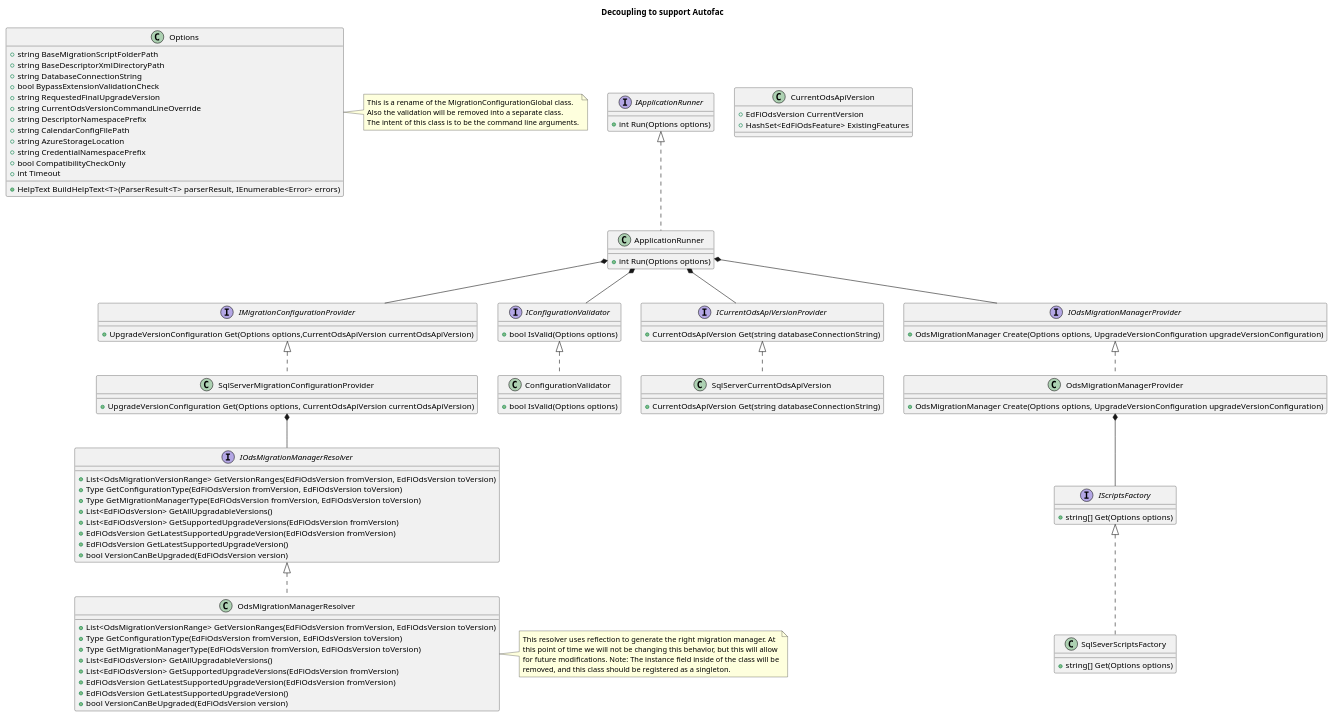
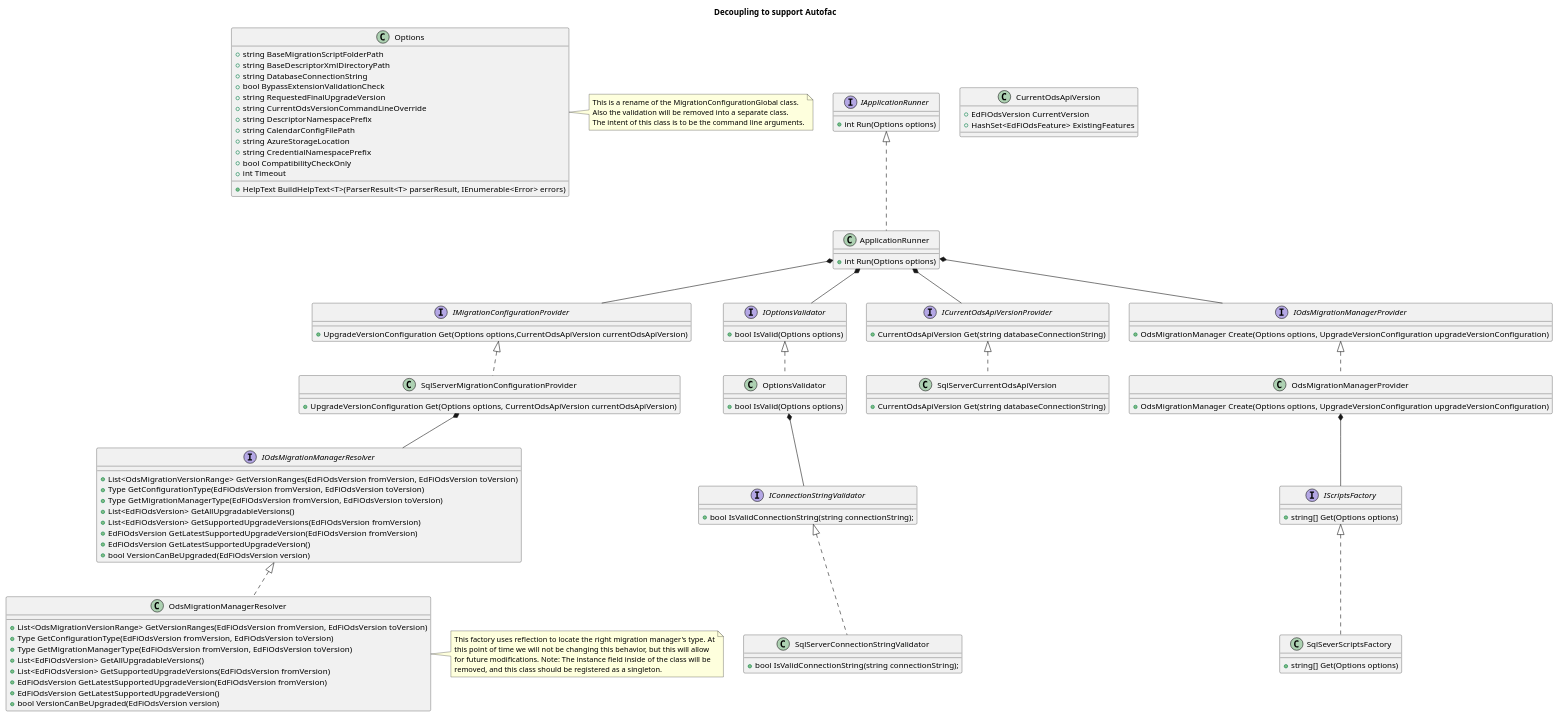
The diagram in EdFi.Ods.Utilities.Migration/uml/decoupling_to_support_autofac.puml (Ed-Fi-Exchange-OSS/Ed-Fi-MigrationUtility), drawn with PlantUML before and after one commit. The commit also changed 9 other files, not shown here.

First line of the commit message:
renamed migration global configuration to options

```diff
--- a/EdFi.Ods.Utilities.Migration/uml/decoupling_to_support_autofac.puml
+++ b/EdFi.Ods.Utilities.Migration/uml/decoupling_to_support_autofac.puml
@@ -1,123 +1,133 @@
 @startuml
 
 title Decoupling to support Autofac
 
 class Options {
     +string BaseMigrationScriptFolderPath
     +string BaseDescriptorXmlDirectoryPath
     +string DatabaseConnectionString
     +bool BypassExtensionValidationCheck
     +string RequestedFinalUpgradeVersion
     +string CurrentOdsVersionCommandLineOverride
     +string DescriptorNamespacePrefix
     +string CalendarConfigFilePath
     +string AzureStorageLocation
     +string CredentialNamespacePrefix
     +bool CompatibilityCheckOnly
     +int Timeout
     +HelpText BuildHelpText<T>(ParserResult<T> parserResult, IEnumerable<Error> errors)
 }
 
 note as N0
 This is a rename of the MigrationConfigurationGlobal class.
 Also the validation will be removed into a separate class.
 The intent of this class is to be the command line arguments.
 end note
 
 Options . N0
 
 class CurrentOdsApiVersion {
     +EdFiOdsVersion CurrentVersion
     +HashSet<EdFiOdsFeature> ExistingFeatures
 }
 
 
 
 interface IMigrationConfigurationProvider {
     +UpgradeVersionConfiguration Get(Options options,CurrentOdsApiVersion currentOdsApiVersion)
 }
 
 interface IApplicationRunner {
     +int Run(Options options)
 }
 
-interface IConfigurationValidator {
+interface IOptionsValidator {
     +bool IsValid(Options options)
 }
 
 interface ICurrentOdsApiVersionProvider {
     +CurrentOdsApiVersion Get(string databaseConnectionString)
 }
 
 class SqlServerCurrentOdsApiVersion implements ICurrentOdsApiVersionProvider {
     +CurrentOdsApiVersion Get(string databaseConnectionString)
 }
 
-class ConfigurationValidator implements IConfigurationValidator {
+class OptionsValidator implements IOptionsValidator {
     +bool IsValid(Options options)
+}
+
+interface IConnectionStringValidator {
+    +bool IsValidConnectionString(string connectionString);
+}
+
+class SqlServerConnectionStringValidator implements IConnectionStringValidator {
+    +bool IsValidConnectionString(string connectionString);
 }
 
 class SqlServerMigrationConfigurationProvider implements IMigrationConfigurationProvider {
     +UpgradeVersionConfiguration Get(Options options, CurrentOdsApiVersion currentOdsApiVersion)
 }
 
 interface IOdsMigrationManagerProvider {
     +OdsMigrationManager Create(Options options, UpgradeVersionConfiguration upgradeVersionConfiguration)
 }
 
 class OdsMigrationManagerProvider implements IOdsMigrationManagerProvider {
     +OdsMigrationManager Create(Options options, UpgradeVersionConfiguration upgradeVersionConfiguration)
 }
 
 class ApplicationRunner implements IApplicationRunner {
     +int Run(Options options)
 }
 
 interface IScriptsFactory {
     +string[] Get(Options options)
 }
 
 class SqlSeverScriptsFactory implements IScriptsFactory {
     +string[] Get(Options options)
 }
 
 interface IOdsMigrationManagerResolver {
     +List<OdsMigrationVersionRange> GetVersionRanges(EdFiOdsVersion fromVersion, EdFiOdsVersion toVersion)
     +Type GetConfigurationType(EdFiOdsVersion fromVersion, EdFiOdsVersion toVersion)
     +Type GetMigrationManagerType(EdFiOdsVersion fromVersion, EdFiOdsVersion toVersion)
     +List<EdFiOdsVersion> GetAllUpgradableVersions()
     +List<EdFiOdsVersion> GetSupportedUpgradeVersions(EdFiOdsVersion fromVersion)
     +EdFiOdsVersion GetLatestSupportedUpgradeVersion(EdFiOdsVersion fromVersion)
     +EdFiOdsVersion GetLatestSupportedUpgradeVersion()
     +bool VersionCanBeUpgraded(EdFiOdsVersion version)
 }
 
 class OdsMigrationManagerResolver implements IOdsMigrationManagerResolver{
     +List<OdsMigrationVersionRange> GetVersionRanges(EdFiOdsVersion fromVersion, EdFiOdsVersion toVersion)
     +Type GetConfigurationType(EdFiOdsVersion fromVersion, EdFiOdsVersion toVersion)
     +Type GetMigrationManagerType(EdFiOdsVersion fromVersion, EdFiOdsVersion toVersion)
     +List<EdFiOdsVersion> GetAllUpgradableVersions()
     +List<EdFiOdsVersion> GetSupportedUpgradeVersions(EdFiOdsVersion fromVersion)
     +EdFiOdsVersion GetLatestSupportedUpgradeVersion(EdFiOdsVersion fromVersion)
     +EdFiOdsVersion GetLatestSupportedUpgradeVersion()
     +bool VersionCanBeUpgraded(EdFiOdsVersion version)
 }
 
 note as N1
-This resolver uses reflection to generate the right migration manager. At
+This factory uses reflection to locate the right migration manager's type. At
 this point of time we will not be changing this behavior, but this will allow
 for future modifications. Note: The instance field inside of the class will be
 removed, and this class should be registered as a singleton.
 end note
 
 OdsMigrationManagerResolver . N1
 
 ApplicationRunner *-- IMigrationConfigurationProvider
-ApplicationRunner *-- IConfigurationValidator
+ApplicationRunner *-- IOptionsValidator
 ApplicationRunner *-- IOdsMigrationManagerProvider
 ApplicationRunner *-- ICurrentOdsApiVersionProvider
 
 OdsMigrationManagerProvider *-- IScriptsFactory
 
 SqlServerMigrationConfigurationProvider *-- IOdsMigrationManagerResolver
+
+OptionsValidator *-- IConnectionStringValidator
 @enduml
```
